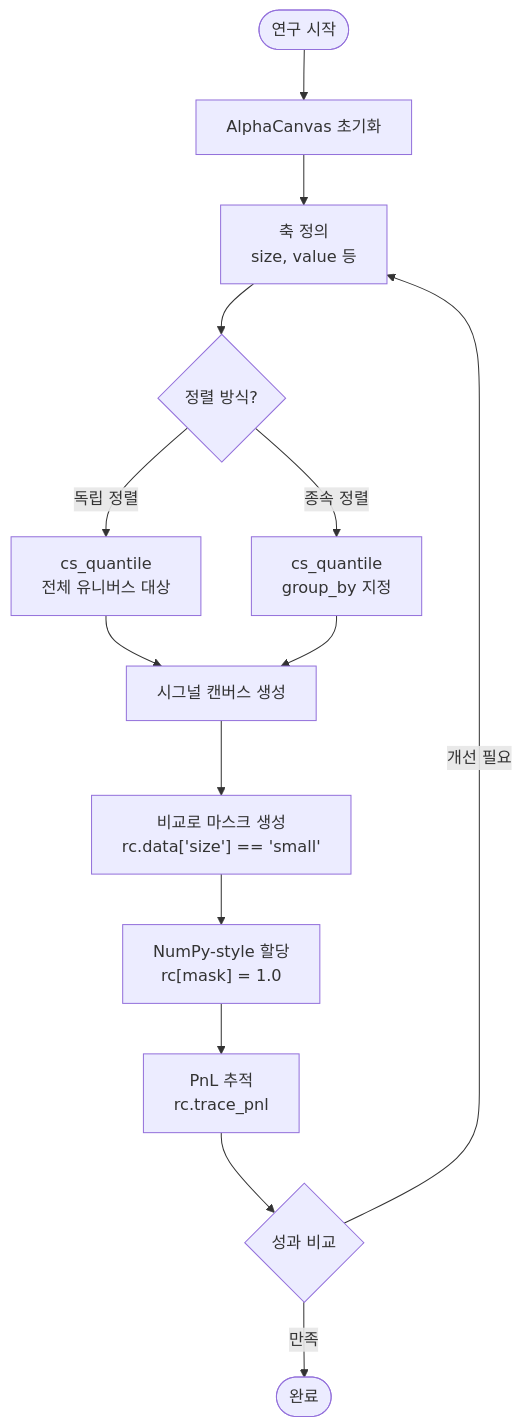
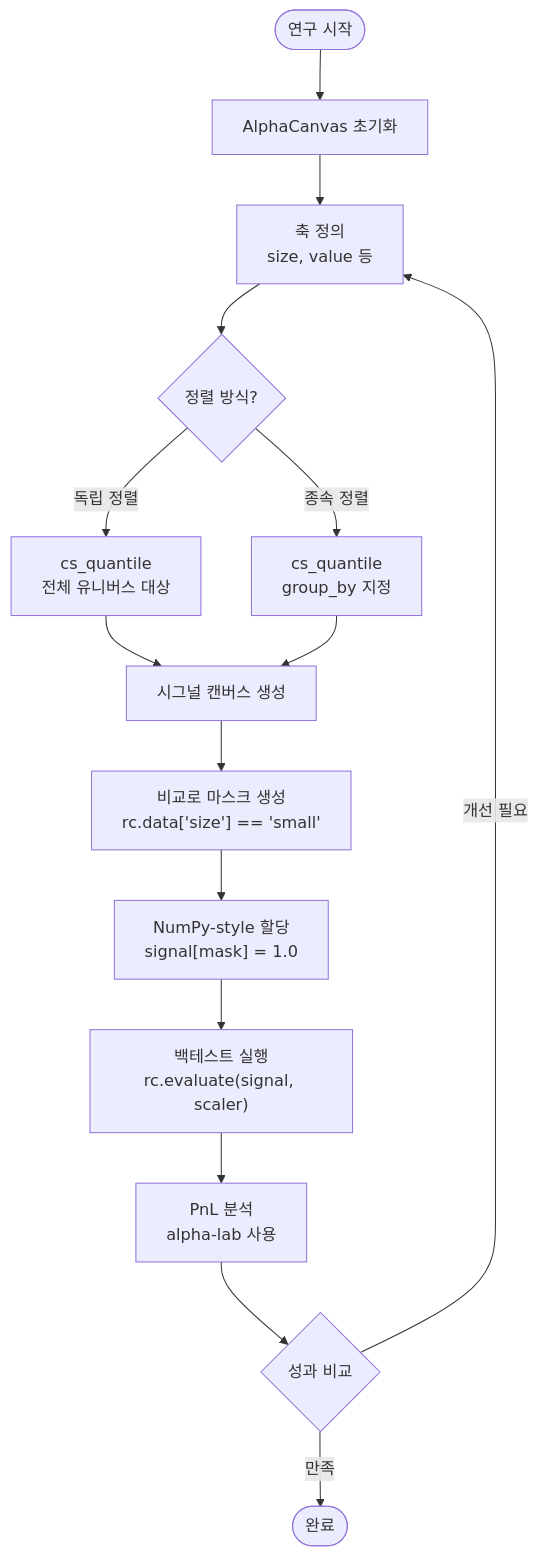
The second of 3 diagrams in docs/vibe_coding/prd.md (jaepil-choi/alpha-excel), drawn with Mermaid before and after one commit. The commit also changed other lines of this file, not shown here.

First line of the commit message:
docs: restructure PRD for three-package architecture

````diff
--- a/docs/vibe_coding/prd.md
+++ b/docs/vibe_coding/prd.md
@@ -28,19 +42,20 @@
 ```mermaid
 flowchart TD
     Start(["연구 시작"]) --> Init["AlphaCanvas 초기화"]
     Init --> DefineAxes["축 정의<br/>size, value 등"]
     DefineAxes --> IndSort{"정렬 방식?"}
     
     IndSort -->|"독립 정렬"| Ind["cs_quantile<br/>전체 유니버스 대상"]
     IndSort -->|"종속 정렬"| Dep["cs_quantile<br/>group_by 지정"]
     
     Ind --> Canvas["시그널 캔버스 생성"]
     Dep --> Canvas
     
     Canvas --> Select["비교로 마스크 생성<br/>rc.data['size'] == 'small'"]
-    Select --> Assign["NumPy-style 할당<br/>rc[mask] = 1.0"]
-    Assign --> PnL["PnL 추적<br/>rc.trace_pnl"]
-    PnL --> Compare{"성과 비교"}
+    Select --> Assign["NumPy-style 할당<br/>signal[mask] = 1.0"]
+    Assign --> Backtest["백테스트 실행<br/>rc.evaluate(signal, scaler)"]
+    Backtest --> Analysis["PnL 분석<br/>alpha-lab 사용"]
+    Analysis --> Compare{"성과 비교"}
     Compare -->|"개선 필요"| DefineAxes
     Compare -->|"만족"| End(["완료"])
 ```
````
